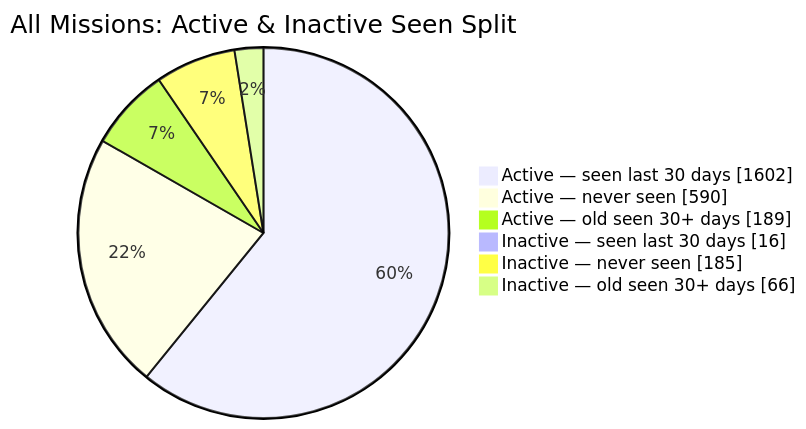
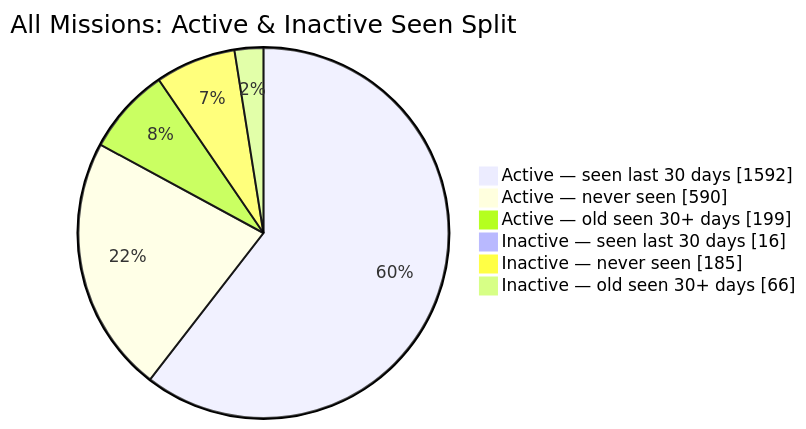
Before and after one commit to MeldkamerspelGameTeam/active-missions: the second of 2 diagrams in README.md, drawn with Mermaid. The commit also changed other lines of this file and 3 other files, not shown here.

````diff
--- a/README.md
+++ b/README.md
@@ -44,10 +44,10 @@
 ```mermaid
 pie showData
     title All Missions: Active & Inactive Seen Split
-    "Active — seen last 30 days" : 1602
+    "Active — seen last 30 days" : 1592
     "Active — never seen" : 590
-    "Active — old seen 30+ days" : 189
+    "Active — old seen 30+ days" : 199
     "Inactive — seen last 30 days" : 16
     "Inactive — never seen" : 185
     "Inactive — old seen 30+ days" : 66
 ```
````
